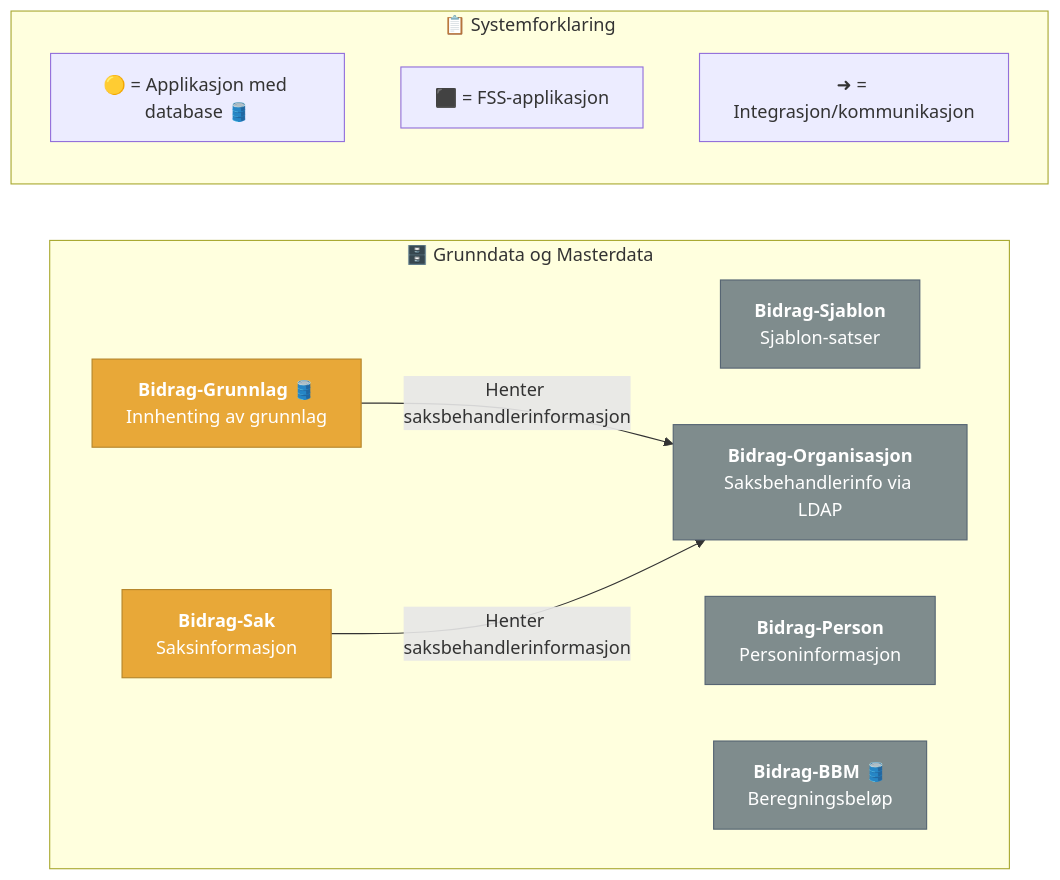
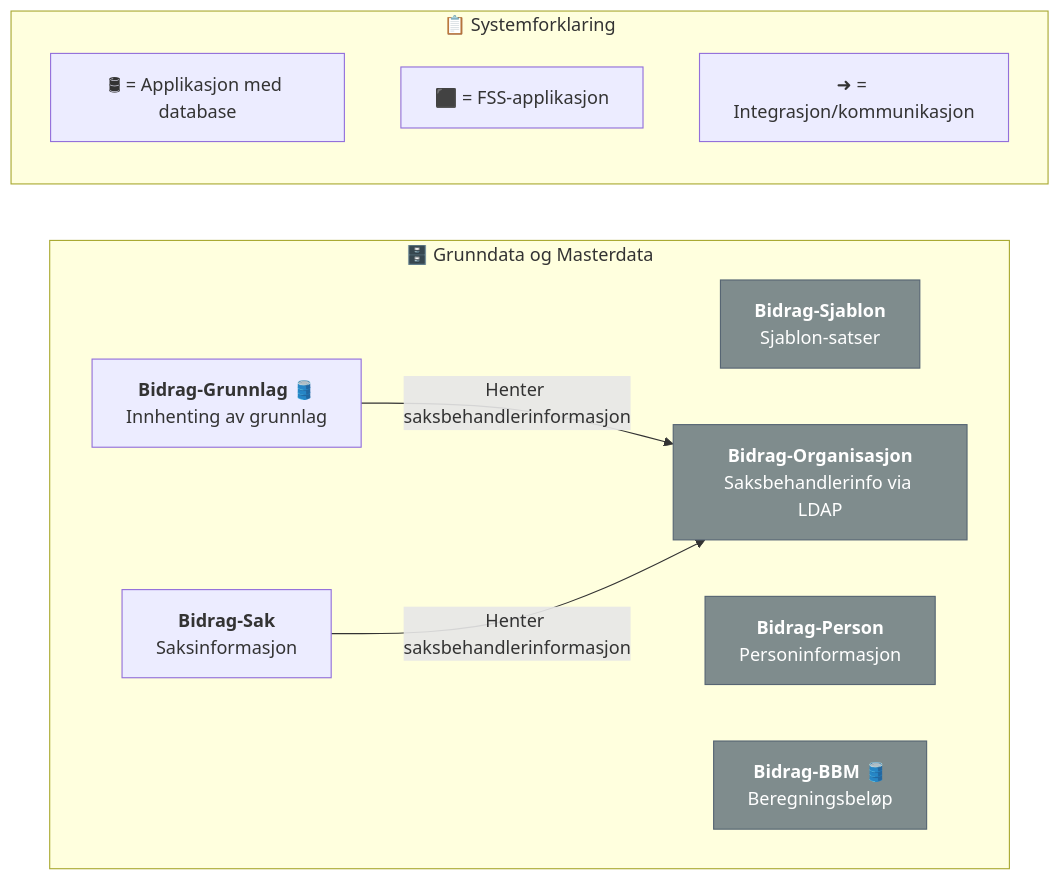
The diagram in dokumentasjon/systemdokumentasjon/grunndata.mermaid (navikt/bidrag-dokumentasjon), drawn with Mermaid before and after one commit. The commit also changed 5 other files, not shown here.

```diff
--- a/dokumentasjon/systemdokumentasjon/grunndata.mermaid
+++ b/dokumentasjon/systemdokumentasjon/grunndata.mermaid
@@ -1,38 +1,36 @@
 ---
 config:
   layout: dagre
 ---
 graph LR
 
     classDef legacyFSS fill:#7F8C8D,color:#fff,stroke:#566573
-    classDef withDb fill:#E8A838,color:#fff,stroke:#b5852a
 
     subgraph Grunndata["🗄️ Grunndata og Masterdata"]
         direction LR
 
         BidragSjablon["<b>Bidrag-Sjablon</b><br/>Sjablon-satser"]
         BidragPerson["<b>Bidrag-Person</b><br/>Personinformasjon"]
         BidragSak["<b>Bidrag-Sak</b><br/>Saksinformasjon"]
         BidragBbm["<b>Bidrag-BBM</b> 🛢️<br/>Beregningsbeløp"]
         BidragOrganisasjon["<b>Bidrag-Organisasjon</b><br/>Saksbehandlerinfo via LDAP"]
         BidragGrunnlag["<b>Bidrag-Grunnlag</b> 🛢️<br/>Innhenting av grunnlag"]
 
         BidragGrunnlag -->|Henter saksbehandlerinformasjon| BidragOrganisasjon
         BidragSak -->|Henter saksbehandlerinformasjon| BidragOrganisasjon
     end
 
     class BidragSjablon,BidragPerson,BidragBbm,BidragOrganisasjon legacyFSS
-    class BidragGrunnlag,BidragSak withDb
 
     click BidragSjablon visApplikasjon "Åpne applikasjonsbeskrivelse"
     click BidragPerson visApplikasjon "Åpne applikasjonsbeskrivelse"
     click BidragSak visApplikasjon "Åpne applikasjonsbeskrivelse"
     click BidragBbm visApplikasjon "Åpne applikasjonsbeskrivelse"
     click BidragOrganisasjon visApplikasjon "Åpne applikasjonsbeskrivelse"
     click BidragGrunnlag visApplikasjon "Åpne applikasjonsbeskrivelse"
 
     subgraph Legend["📋 Systemforklaring"]
-        LegendDb["🟡 = Applikasjon med database 🛢️"]
+        LegendDb["🛢 = Applikasjon med database️"]
         LegendFSS["⬛ = FSS-applikasjon"]
         LegendArrows["➜ = Integrasjon/kommunikasjon"]
     end
```
